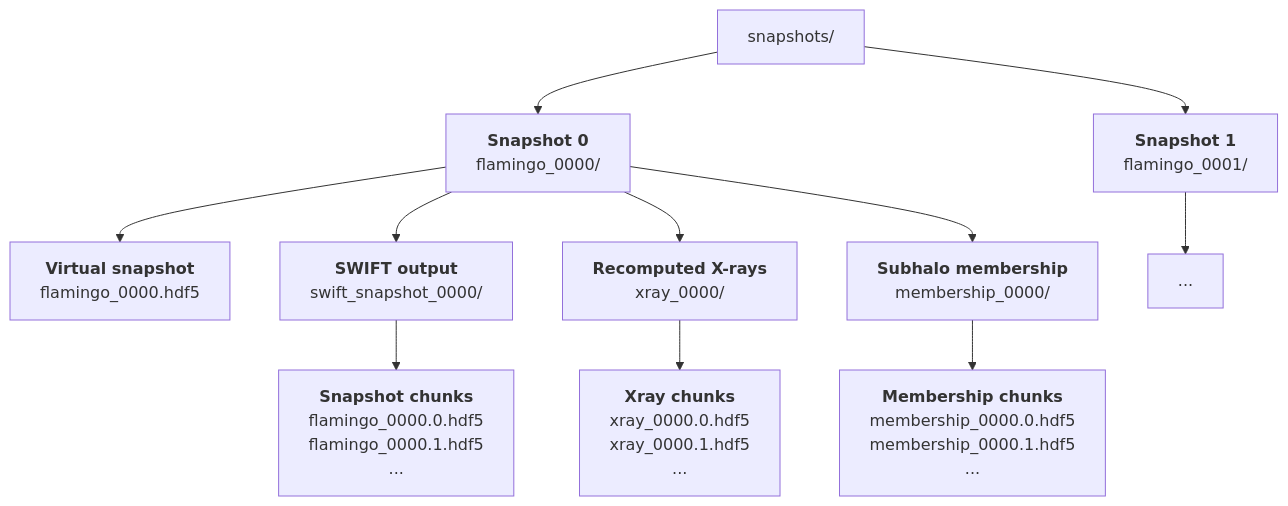
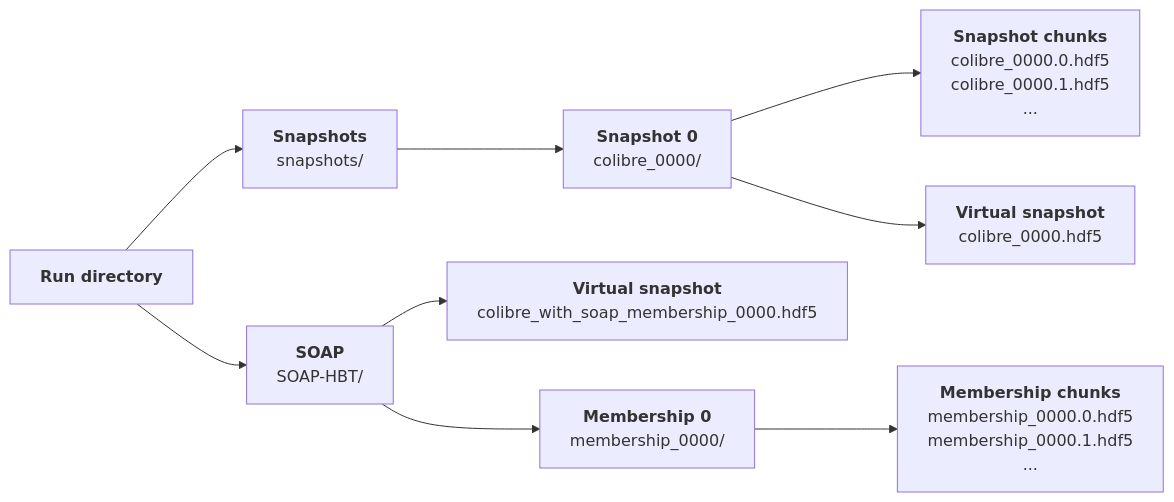
The diagram in source/snapshots/snapshot_dirs.rst (robjmcgibbon/colibre-docs), drawn with Mermaid before and after one commit. The commit also changed other lines of this file and 18 other files, not shown here.

```diff
--- a/source/snapshots/snapshot_dirs.rst
+++ b/source/snapshots/snapshot_dirs.rst
@@ -17,38 +18,33 @@
 .. mermaid::
 
-  flowchart TD
-    snapshots["snapshots/"]
+  flowchart LR
+    run["`**Run directory**
+    `"]
+
+    run --> snapshots["`**Snapshots**
+    snapshots/`"]
 
     snapshots --> s0000["`**Snapshot 0**
-    flamingo_0000/`"]
-    snapshots --> s0001["`**Snapshot 1**
-    flamingo_0001/`"]
+    colibre_0000/`"]
+
+    s0000 --> swift_files["`**Snapshot chunks**
+    colibre_0000.0.hdf5
+    colibre_0000.1.hdf5
+    ...`"]
 
     s0000 --> s0000_v["`**Virtual snapshot**
-    flamingo_0000.hdf5`"]
+    colibre_0000.hdf5`"]
 
-    s0000 --> swift_dir["`**SWIFT output**
-    swift_snapshot_0000/`"]
+    run --> soap["`**SOAP**
+    SOAP-HBT/`"]
 
-    s0000 --> xray_dir["`**Recomputed X-rays**
-    xray_0000/`"]
+    soap --> soap_v["`**Virtual snapshot**
+    colibre_with_soap_membership_0000.hdf5`"]
 
-    s0000 --> mem_dir["`**Subhalo membership**
+    soap --> m0000["`**Membership 0**
     membership_0000/`"]
 
-    swift_dir --> swift_files["`**Snapshot chunks**
-    flamingo_0000.0.hdf5
-    flamingo_0000.1.hdf5
-    ...`"]
-
-    xray_dir --> xray_files["`**Xray chunks**
-    xray_0000.0.hdf5
-    xray_0000.1.hdf5
-    ...`"]
-
-    mem_dir --> mem_files["`**Membership chunks**
+    m0000 --> membership["`**Membership chunks**
     membership_0000.0.hdf5
     membership_0000.1.hdf5
     ...`"]
-
-    s0001 --> s0001_exp["..."]
```
